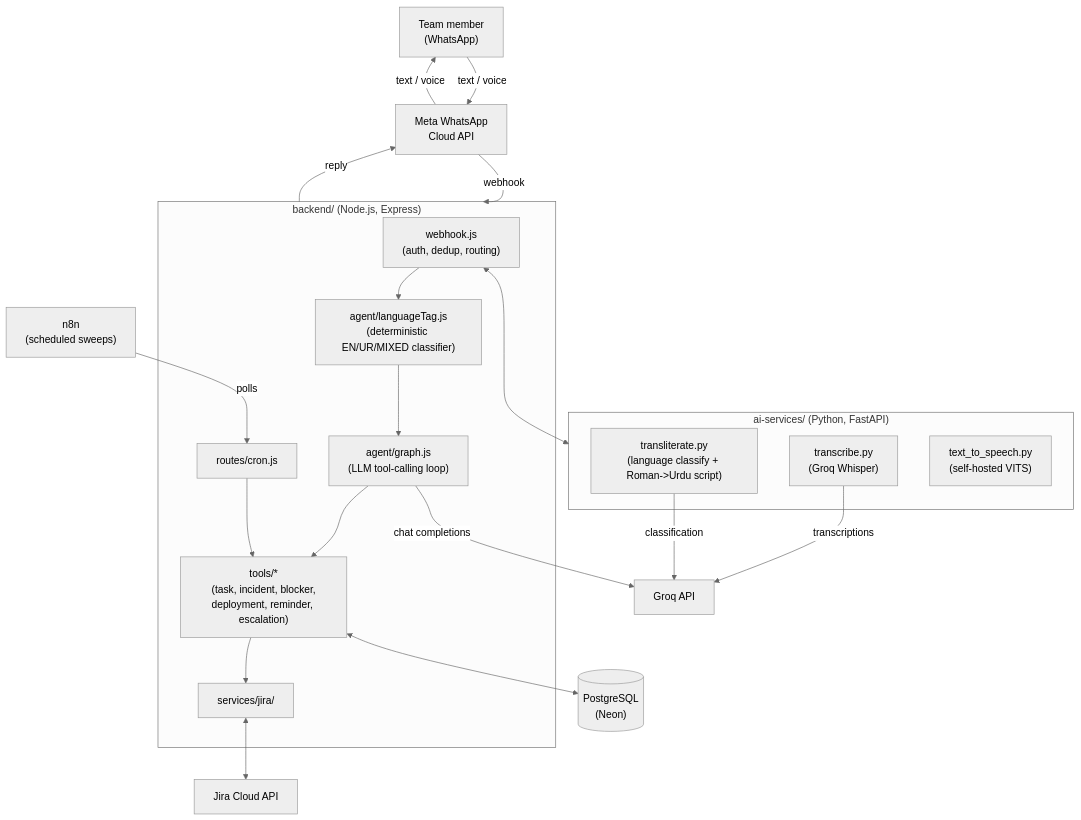
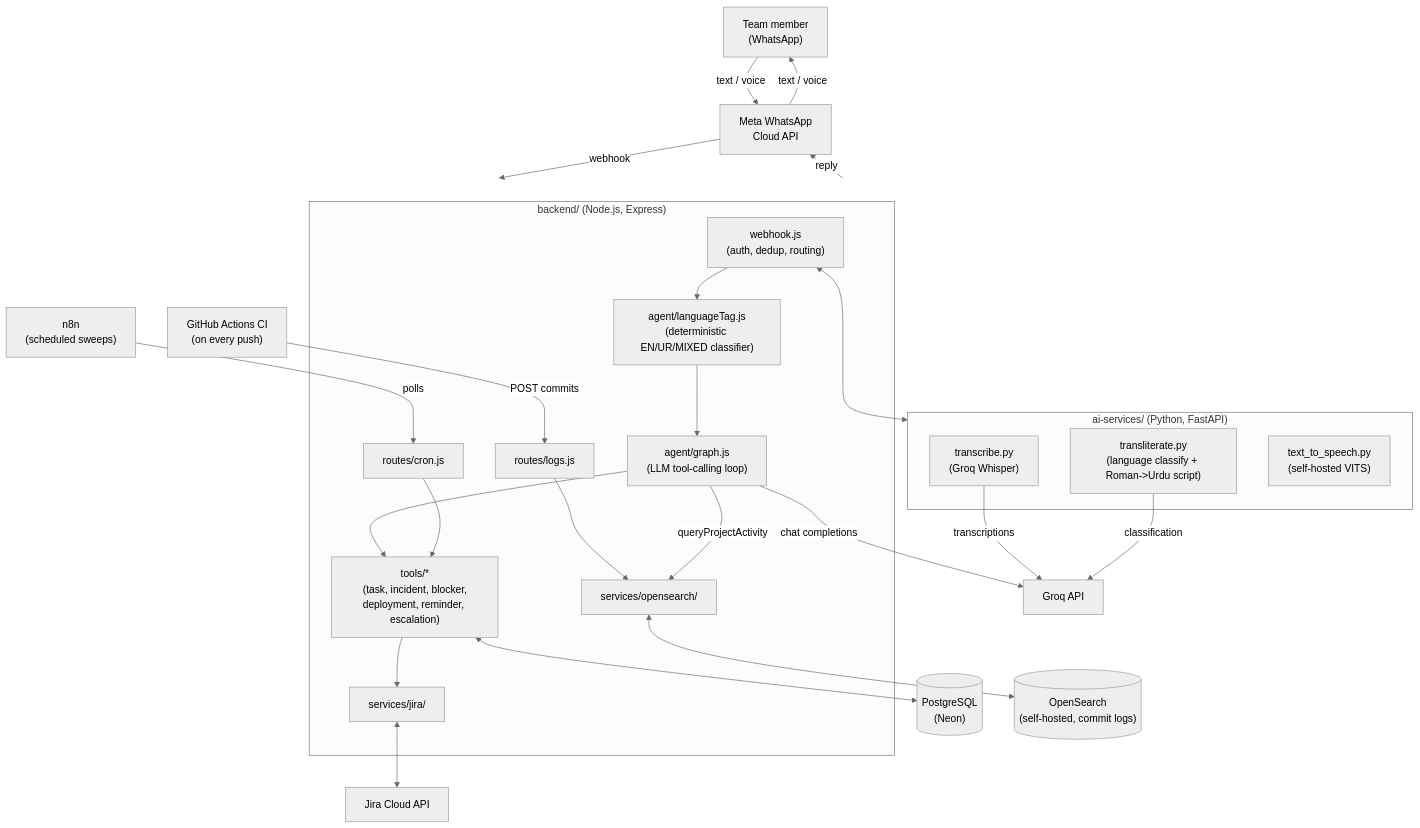
The first of 8 diagrams in docs/SDS.md (basiratabidi/DevPlus), drawn with Mermaid (neutral theme) before and after one commit. The commit also changed other lines of this file and 14 other files, not shown here.

````diff
--- a/docs/SDS.md
+++ b/docs/SDS.md
@@ -14,35 +14,41 @@
 ```mermaid
 graph TB
     User["Team member<br/>(WhatsApp)"] -->|text / voice| Meta["Meta WhatsApp<br/>Cloud API"]
     Meta -->|webhook| Backend
 
     subgraph Backend["backend/ (Node.js, Express)"]
         Webhook["webhook.js<br/>(auth, dedup, routing)"]
         Agent["agent/graph.js<br/>(LLM tool-calling loop)"]
         LangTag["agent/languageTag.js<br/>(deterministic EN/UR/MIXED classifier)"]
         Tools["tools/*<br/>(task, incident, blocker,<br/>deployment, reminder, escalation)"]
         Cron["routes/cron.js"]
+        Logs["routes/logs.js"]
         JiraSvc["services/jira/"]
+        OSClient["services/opensearch/"]
         Webhook --> LangTag --> Agent
         Agent --> Tools
         Tools --> JiraSvc
         Cron --> Tools
+        Logs --> OSClient
+        Agent -->|queryProjectActivity| OSClient
     end
 
     subgraph AISvc["ai-services/ (Python, FastAPI)"]
         STT["transcribe.py<br/>(Groq Whisper)"]
         Translit["transliterate.py<br/>(language classify + Roman->Urdu script)"]
         TTS["text_to_speech.py<br/>(self-hosted VITS)"]
     end
 
     Webhook <--> AISvc
     Agent -->|chat completions| Groq["Groq API"]
     STT -->|transcriptions| Groq
     Translit -->|classification| Groq
 
     Tools <--> DB[("PostgreSQL<br/>(Neon)")]
     JiraSvc <--> Jira["Jira Cloud API"]
     n8n["n8n<br/>(scheduled sweeps)"] -->|polls| Cron
+    OSClient <--> OpenSearch[("OpenSearch<br/>(self-hosted, commit logs)")]
+    CI["GitHub Actions CI<br/>(on every push)"] -->|POST commits| Logs
 
     Backend -->|reply| Meta -->|text / voice| User
 ```
````
